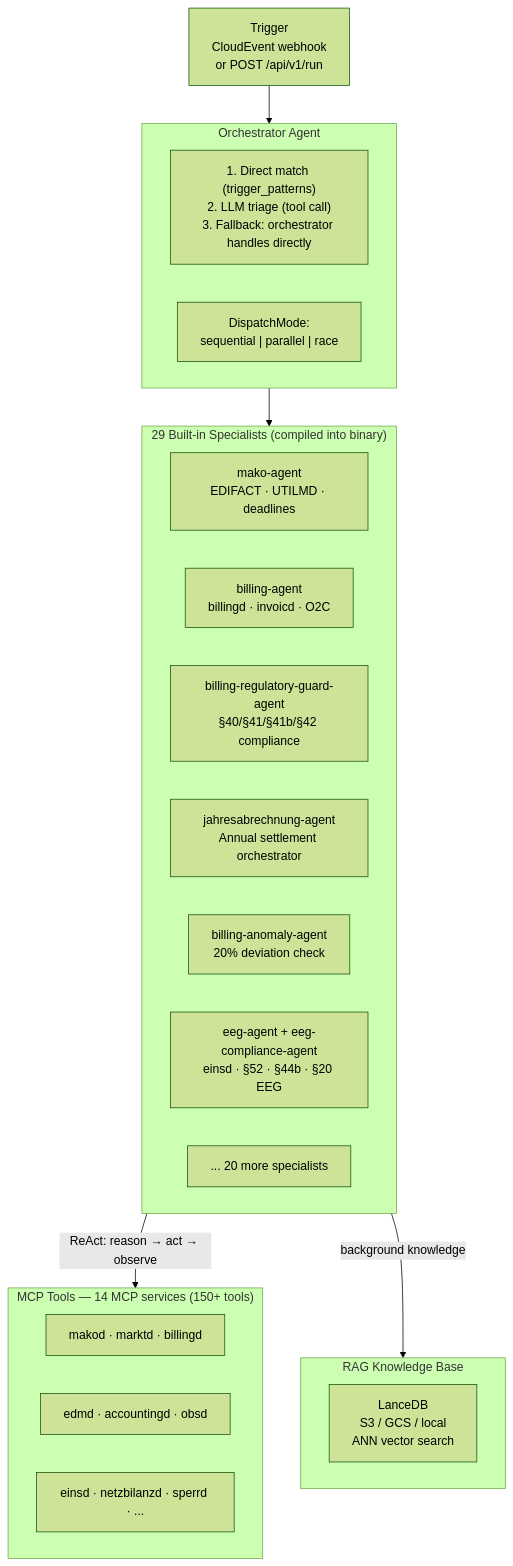
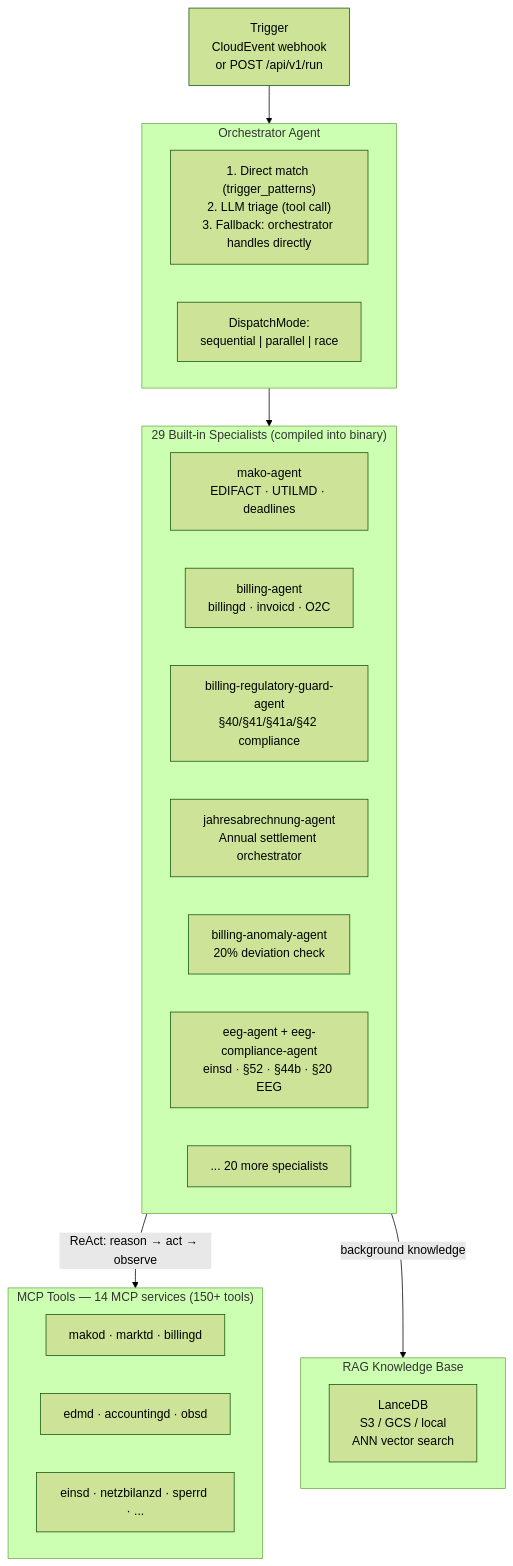
The first of 4 diagrams in docs/agentd.md (hupe1980/mako), drawn with Mermaid (forest theme) before and after one commit. The commit also changed other lines of this file and 64 other files, not shown here.

````diff
--- a/docs/agentd.md
+++ b/docs/agentd.md
@@ -68,35 +68,35 @@
 ```mermaid
 graph TB
     TRIGGER["Trigger\nCloudEvent webhook\nor POST /api/v1/run"]
 
     subgraph orchestrator ["Orchestrator Agent"]
         ORCH["1. Direct match (trigger_patterns)\n2. LLM triage (tool call)\n3. Fallback: orchestrator handles directly"]
         MODE["DispatchMode:\nsequential | parallel | race"]
     end
 
     subgraph builtin ["29 Built-in Specialists (compiled into binary)"]
         direction LR
         MAKO["mako-agent\nEDIFACT · UTILMD · deadlines"]
         BILLING["billing-agent\nbillingd · invoicd · O2C"]
-        BILREG["billing-regulatory-guard-agent\n§40/§41/§41b/§42 compliance"]
+        BILREG["billing-regulatory-guard-agent\n§40/§41/§41a/§42 compliance"]
         JAHRB["jahresabrechnung-agent\nAnnual settlement orchestrator"]
         ANOMALY["billing-anomaly-agent\n20% deviation check"]
         EEG["eeg-agent + eeg-compliance-agent\neinsd · §52 · §44b · §20 EEG"]
         MORE["... 20 more specialists"]
     end
 
     subgraph rag ["RAG Knowledge Base"]
         LANCE["LanceDB\nS3 / GCS / local\nANN vector search"]
     end
 
     subgraph tools ["MCP Tools — 14 MCP services (150+ tools)"]
         T1["makod · marktd · billingd"]
         T2["edmd · accountingd · obsd"]
         T3["einsd · netzbilanzd · sperrd · ..."]
     end
 
     TRIGGER --> orchestrator
     orchestrator --> builtin
     builtin -->|"ReAct: reason → act → observe"| tools
     builtin -->|"background knowledge"| rag
 ```
````
